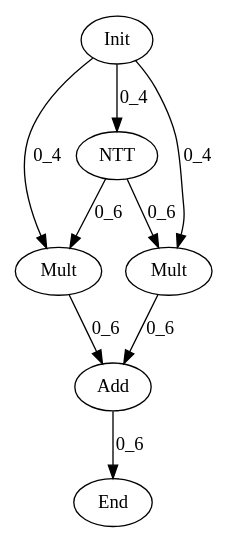
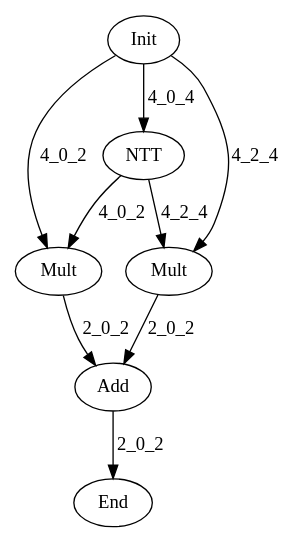
Before and after one commit to hal-lab-u-tokyo/PolyFHE: the diagram in data/graph_poly.dot, drawn with Graphviz. The commit also changed 7 other files, not shown here.

```diff
--- a/data/graph_poly.dot
+++ b/data/graph_poly.dot
@@ -1,16 +1,16 @@
 digraph G {
 Init[label="Init"];
 End[label="End"];
 NTT[label="NTT"];
 Mult0[label="Mult"];
 Mult1[label="Mult"];
 Add[label="Add"];
-Init -> NTT[label="0_4"];
-Init -> Mult0[label="0_4"];
-Init -> Mult1[label="0_4"];
-NTT -> Mult0[label="0_6"];
-NTT -> Mult1[label="0_6"];
-Mult0 -> Add[label="0_6"];
-Mult1 -> Add[label="0_6"];
-Add -> End[label="0_6"];
+Init -> NTT[label="4_0_4"];
+Init -> Mult0[label="4_0_2"];
+Init -> Mult1[label="4_2_4"];
+NTT -> Mult0[label="4_0_2"];
+NTT -> Mult1[label="4_2_4"];
+Mult0 -> Add[label="2_0_2"];
+Mult1 -> Add[label="2_0_2"];
+Add -> End[label="2_0_2"];
 }
```
